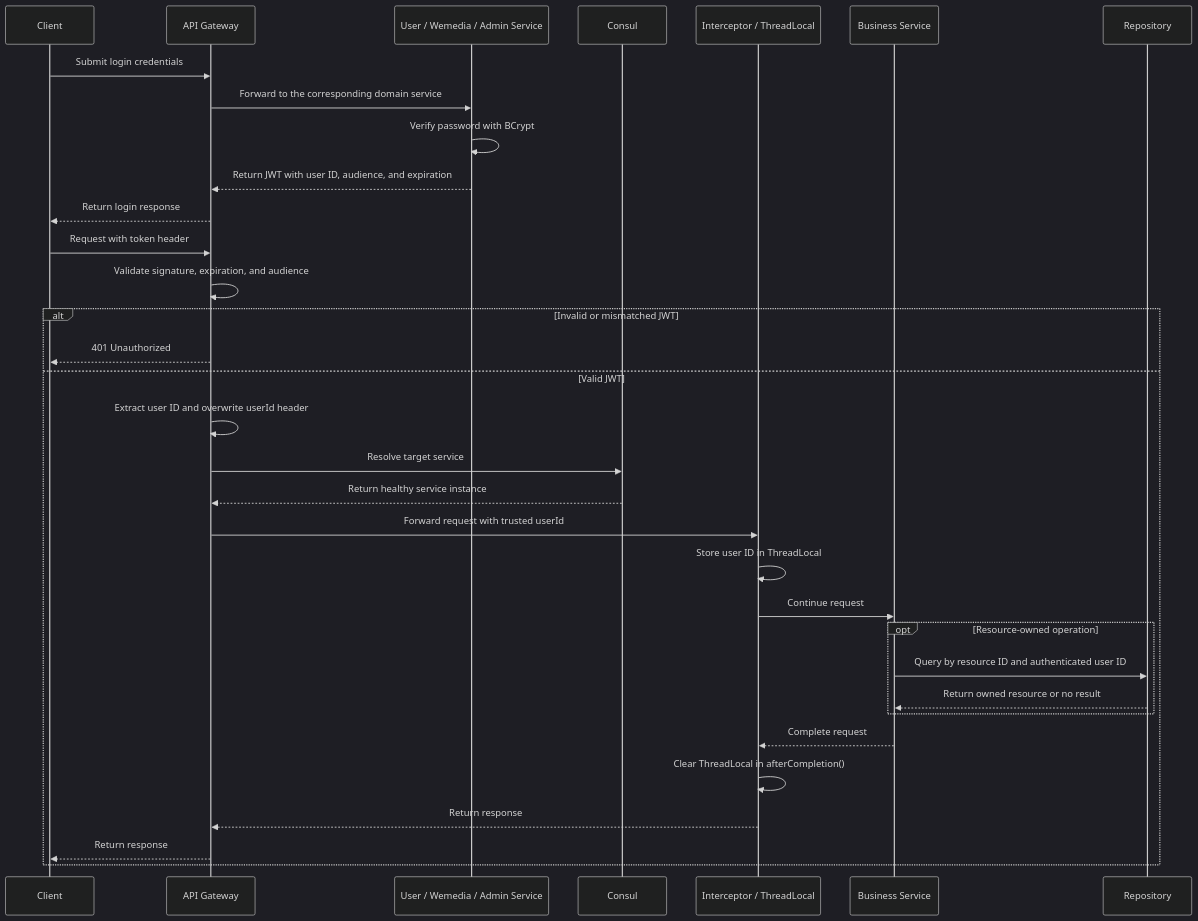
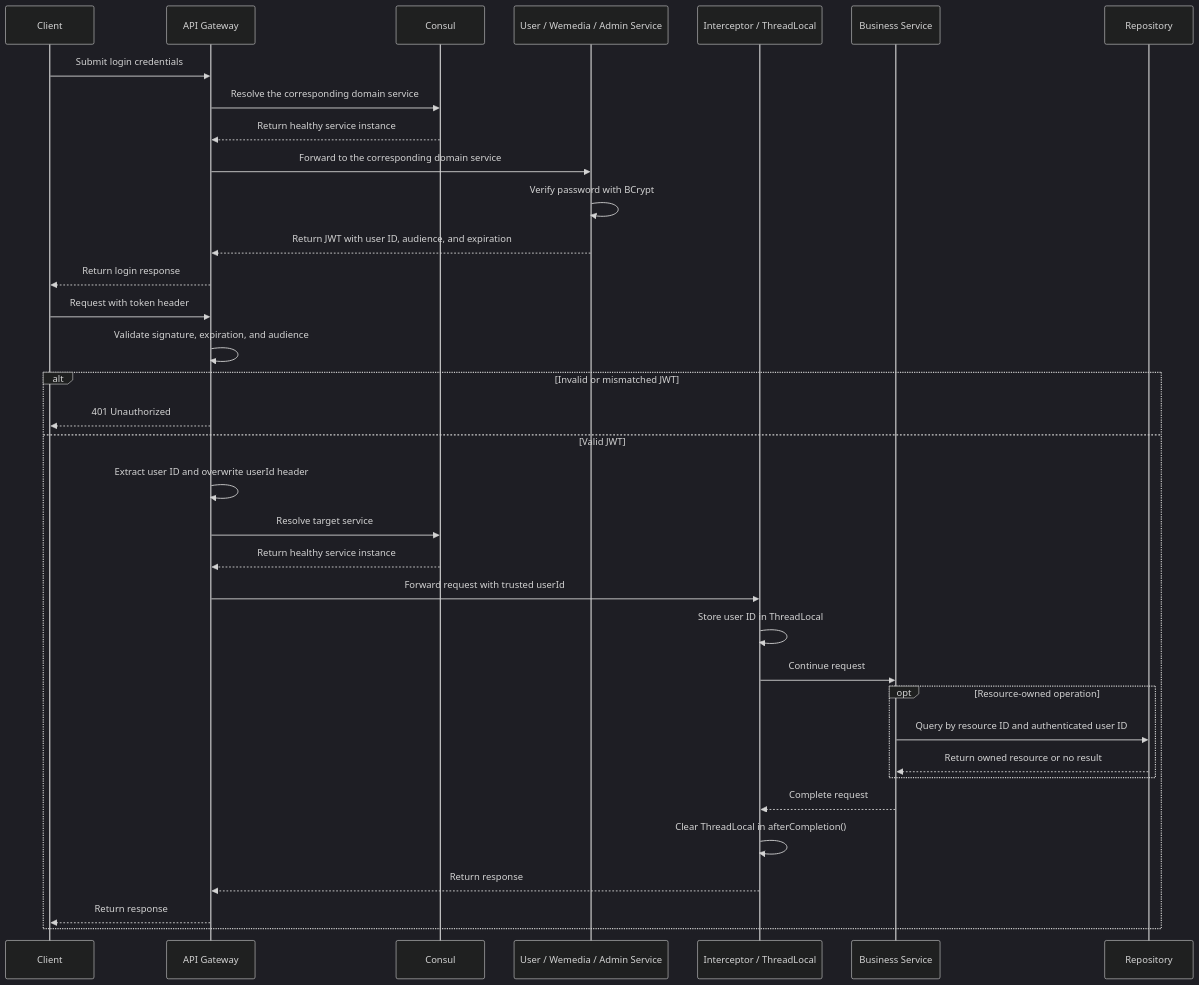
One commit to hannaqq/leadnews changed the first of 2 diagrams in README.md. Above: the diagram before and after it, drawn with Mermaid (dark theme).

````diff
--- a/README.md
+++ b/README.md
@@ -52,37 +52,39 @@
 ```mermaid
 sequenceDiagram
     participant Client
     participant Gateway as API Gateway
+    participant Consul
     participant AuthService as User / Wemedia / Admin Service
-    participant Consul
     participant Interceptor as Interceptor / ThreadLocal
     participant Service as Business Service
     participant Repository
 
     Client->>Gateway: Submit login credentials
+    Gateway->>Consul: Resolve the corresponding domain service
+    Consul-->>Gateway: Return healthy service instance
     Gateway->>AuthService: Forward to the corresponding domain service
     AuthService->>AuthService: Verify password with BCrypt
     AuthService-->>Gateway: Return JWT with user ID, audience, and expiration
     Gateway-->>Client: Return login response
 
     Client->>Gateway: Request with token header
     Gateway->>Gateway: Validate signature, expiration, and audience
     alt Invalid or mismatched JWT
         Gateway-->>Client: 401 Unauthorized
     else Valid JWT
         Gateway->>Gateway: Extract user ID and overwrite userId header
         Gateway->>Consul: Resolve target service
         Consul-->>Gateway: Return healthy service instance
         Gateway->>Interceptor: Forward request with trusted userId
         Interceptor->>Interceptor: Store user ID in ThreadLocal
         Interceptor->>Service: Continue request
         opt Resource-owned operation
             Service->>Repository: Query by resource ID and authenticated user ID
             Repository-->>Service: Return owned resource or no result
         end
         Service-->>Interceptor: Complete request
         Interceptor->>Interceptor: Clear ThreadLocal in afterCompletion()
         Interceptor-->>Gateway: Return response
         Gateway-->>Client: Return response
     end
 ```
````
